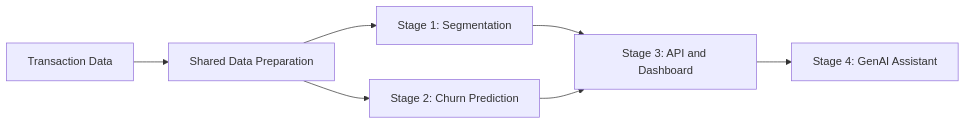
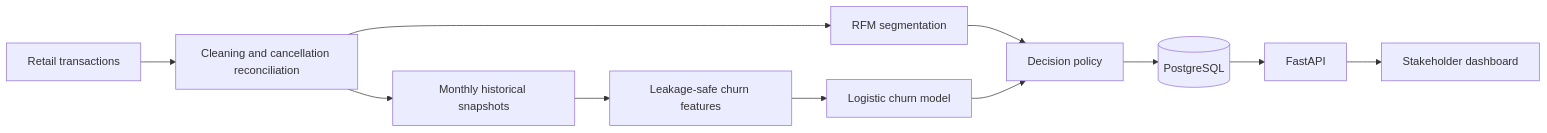
One commit to danyyen/customer_intelligence_system changed the first of 2 diagrams in README.md. Above: the diagram before and after it, drawn with Mermaid. The commit also changed other lines of this file and 1 other file, not shown here.

Commit message:
updated readme and deployment architecture

````diff
--- a/README.md
+++ b/README.md
@@ -14,9 +67,13 @@
 ```mermaid
 flowchart LR
-    A[Transaction Data] --> B[Shared Data Preparation]
-    B --> C[Stage 1: Segmentation]
-    B --> D[Stage 2: Churn Prediction]
-    C --> E[Stage 3: API and Dashboard]
-    D --> E
-    E --> F[Stage 4: GenAI Assistant]
+    A[Retail transactions] --> B[Cleaning and cancellation reconciliation]
+    B --> C[RFM segmentation]
+    B --> D[Monthly historical snapshots]
+    D --> E[Leakage-safe churn features]
+    E --> F[Logistic churn model]
+    C --> G[Decision policy]
+    F --> G
+    G --> H[(PostgreSQL)]
+    H --> I[FastAPI]
+    I --> J[Stakeholder dashboard]
 ```
````
